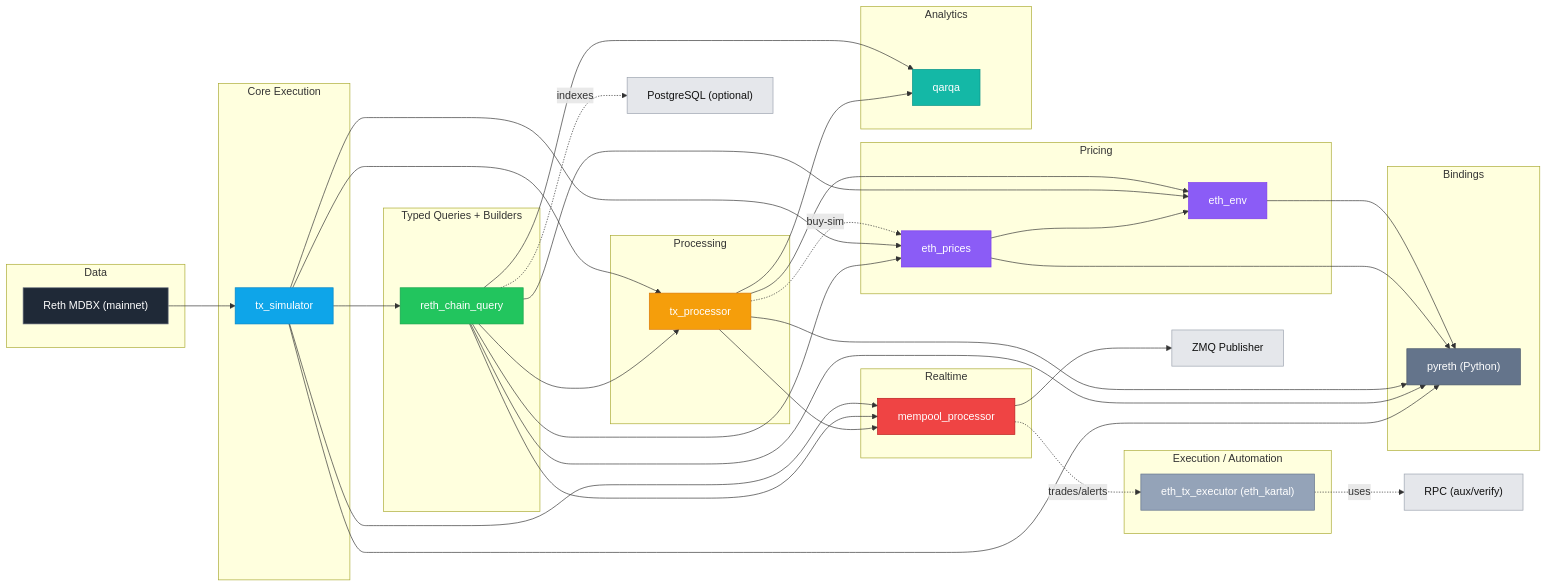
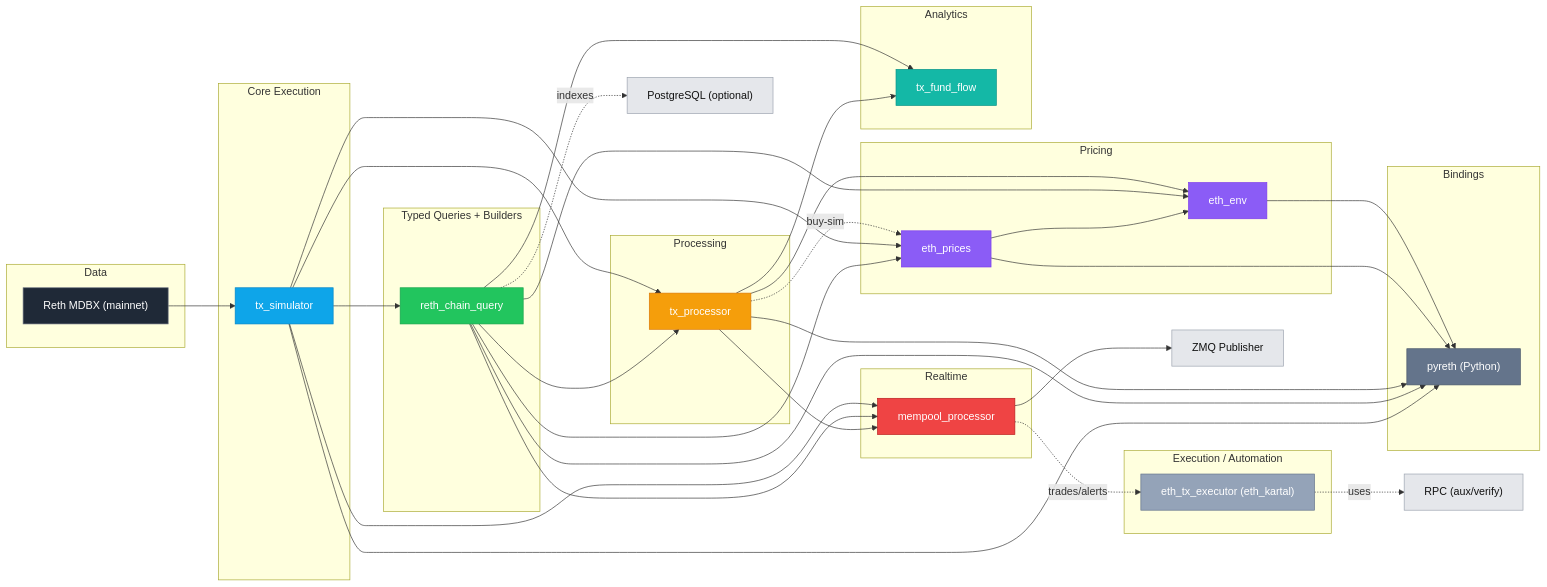
One commit to NimaMan/eth changed the diagram in reth/README.md. Above: the diagram before and after it, drawn with Mermaid. The commit also changed other lines of this file and 94 other files, not shown here.

First line of the commit message:
Rename qarqa to tx_fund_flow and cleanup docs

```diff
--- a/reth/README.md
+++ b/reth/README.md
@@ -63,7 +63,7 @@
   end
 
   subgraph Analytics
-    QARQA["qarqa"]:::analytics
+    TX_FUND_FLOW["tx_fund_flow"]:::analytics
   end
 
   subgraph Bindings
@@ -106,8 +106,8 @@
   ETHP --> PY
   ETHL --> PY
 
-  TXP --> QARQA
-  RCQ --> QARQA
+  TXP --> TX_FUND_FLOW
+  RCQ --> TX_FUND_FLOW
 
   MEMP -. trades/alerts .-> EXEC
   EXEC -. uses .-> RPC
```
